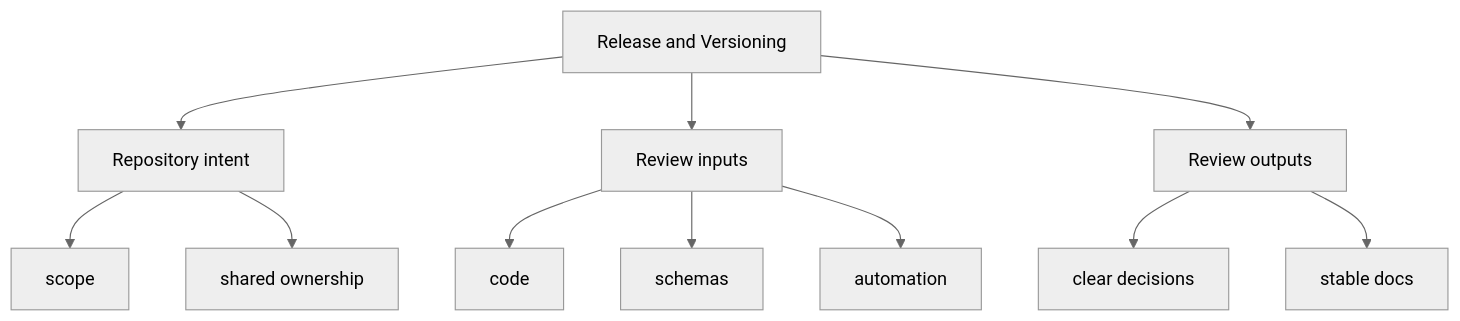
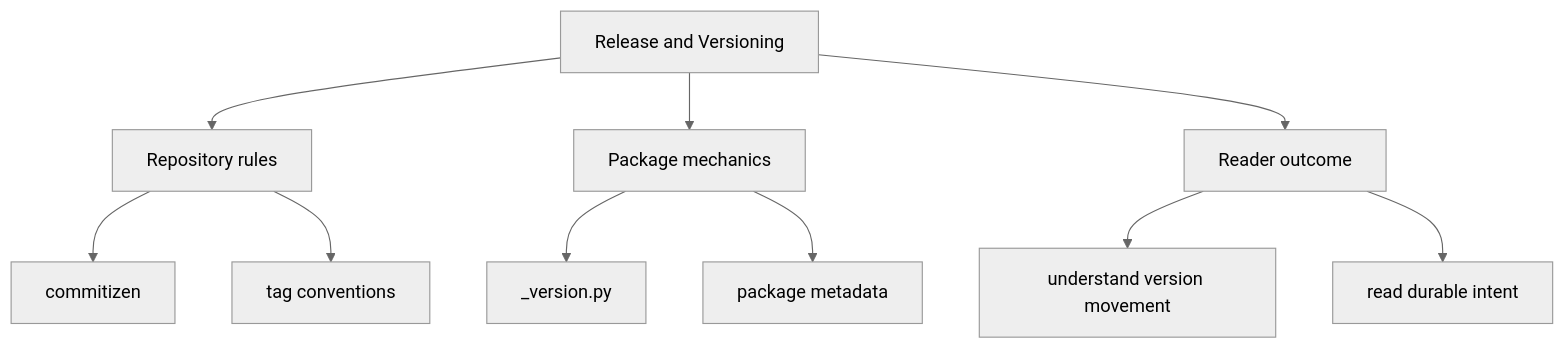
One commit to bijux/bijux-canon changed the second of 2 diagrams in docs/bijux-canon/release-and-versioning.md. Above: the diagram before and after it, drawn with Mermaid (neutral theme). The commit also changed other lines of this file and 11 other files, not shown here.

Commit message:
docs(diagrams): clarify root handbook maps

````diff
--- a/docs/bijux-canon/release-and-versioning.md
+++ b/docs/bijux-canon/release-and-versioning.md
@@ -36,24 +36,22 @@
 ```mermaid
 flowchart TD
     page["Release and Versioning"]
-    focus1["Repository intent"]
+    focus1["Repository rules"]
     page --> focus1
-    focus1_1["scope"]
+    focus1_1["commitizen"]
     focus1 --> focus1_1
-    focus1_2["shared ownership"]
+    focus1_2["tag conventions"]
     focus1 --> focus1_2
-    focus2["Review inputs"]
+    focus2["Package mechanics"]
     page --> focus2
-    focus2_1["code"]
+    focus2_1["_version.py"]
     focus2 --> focus2_1
-    focus2_2["schemas"]
+    focus2_2["package metadata"]
     focus2 --> focus2_2
-    focus2_3["automation"]
-    focus2 --> focus2_3
-    focus3["Review outputs"]
+    focus3["Reader outcome"]
     page --> focus3
-    focus3_1["clear decisions"]
+    focus3_1["understand version movement"]
     focus3 --> focus3_1
-    focus3_2["stable docs"]
+    focus3_2["read durable intent"]
     focus3 --> focus3_2
 ```
````
